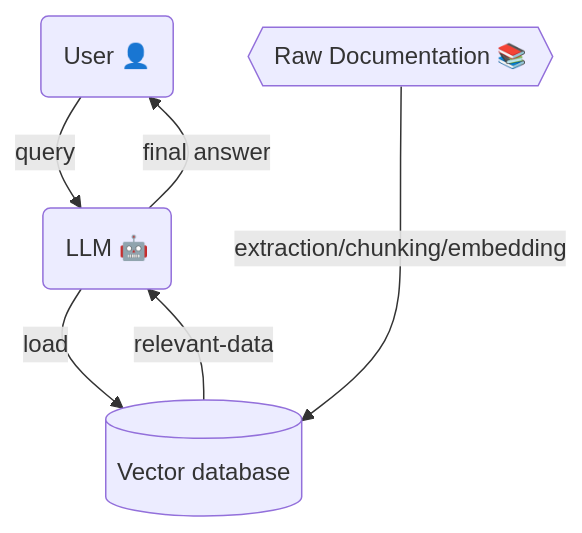
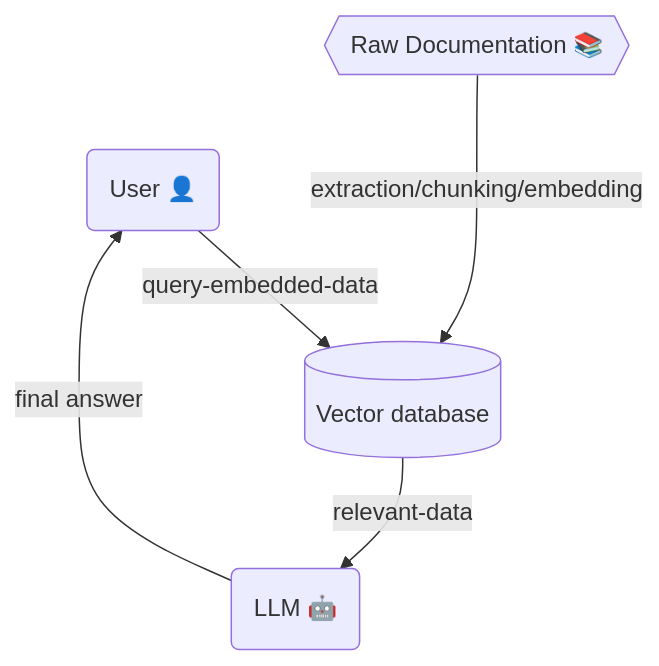
One commit to AlfrescoLabs/alfresco-ai-assistants changed the first of 2 diagrams in readme.md. Above: the diagram before and after it, drawn with Mermaid.

Commit message:
fixup rag diagram

````diff
--- a/readme.md
+++ b/readme.md
@@ -19,17 +19,13 @@
 ```mermaid
 graph TB
 user(User 👤)
 llm(LLM 🤖)
 vectordb[(Vector database)]
 raw-docs{{Raw Documentation 📚}}
 
-user --query--> llm
-
-llm --load--> vectordb
-
+user --query-embedded-data--> vectordb
 vectordb --relevant-data--> llm
-
 llm --final answer--> user
 
 raw-docs --extraction/chunking/embedding---> vectordb
 ```
````
